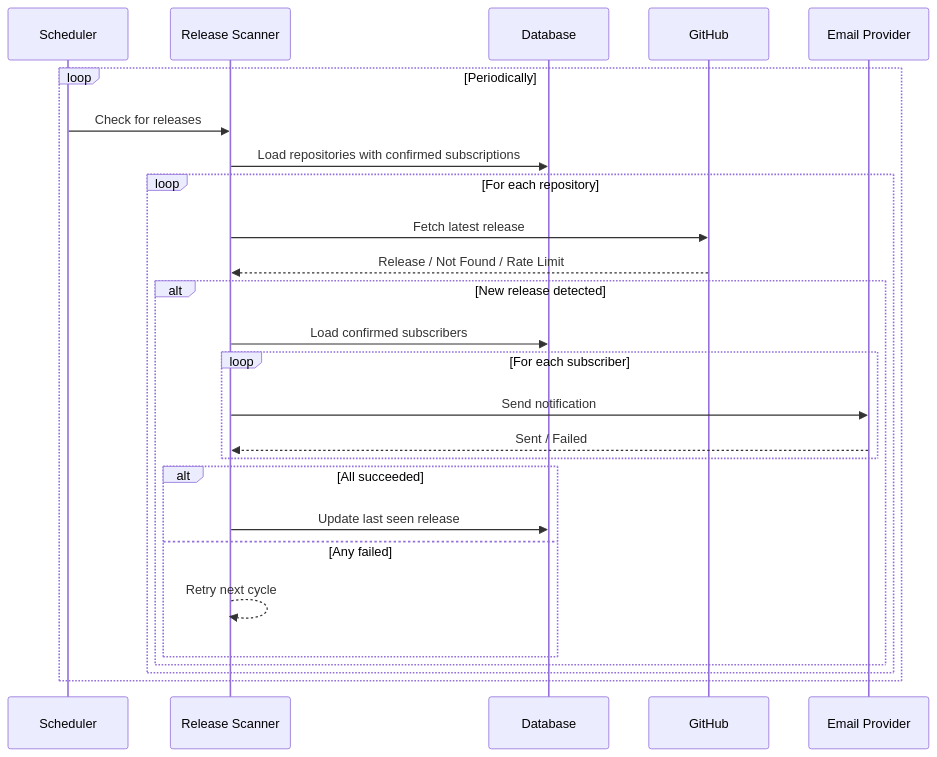
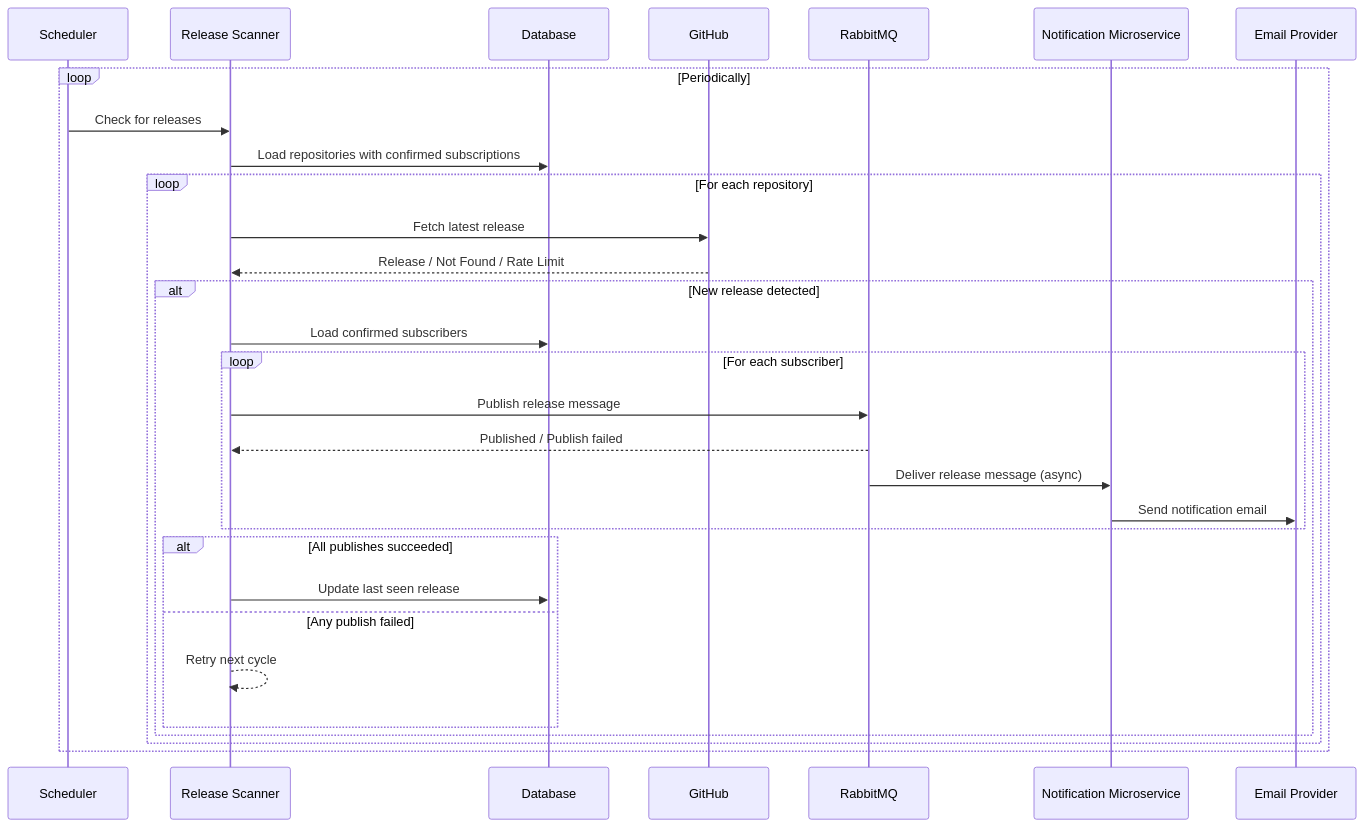
Before and after one commit to GenesisEducationKyiv/software-engineering-school-6-0-RandomIv: the third of 3 diagrams in docs/system-design.md, drawn with Mermaid. The commit also changed other lines of this file and 5 other files, not shown here.

First line of the commit message:
docs: reconcile architecture docs with two-process reality; enforce config isolation

````diff
--- a/docs/system-design.md
+++ b/docs/system-design.md
@@ -173,32 +218,36 @@
 ```mermaid
 sequenceDiagram
     participant Scheduler
     participant Scanner as Release Scanner
     participant DB as Database
     participant ExternalSvc as GitHub
+    participant MQ as RabbitMQ
+    participant Notif as Notification Microservice
     participant Provider as Email Provider
 
     loop Periodically
         Scheduler->>Scanner: Check for releases
         Scanner->>DB: Load repositories with confirmed subscriptions
-        
+
         loop For each repository
             Scanner->>ExternalSvc: Fetch latest release
             ExternalSvc-->>Scanner: Release / Not Found / Rate Limit
-            
+
             alt New release detected
                 Scanner->>DB: Load confirmed subscribers
                 loop For each subscriber
-                    Scanner->>Provider: Send notification
-                    Provider-->>Scanner: Sent / Failed
+                    Scanner->>MQ: Publish release message
+                    MQ-->>Scanner: Published / Publish failed
+                    MQ->>Notif: Deliver release message (async)
+                    Notif->>Provider: Send notification email
                 end
-                
-                alt All succeeded
+
+                alt All publishes succeeded
                     Scanner->>DB: Update last seen release
-                else Any failed
+                else Any publish failed
                     Scanner-->>Scanner: Retry next cycle
                 end
             end
         end
     end
 ```
````
